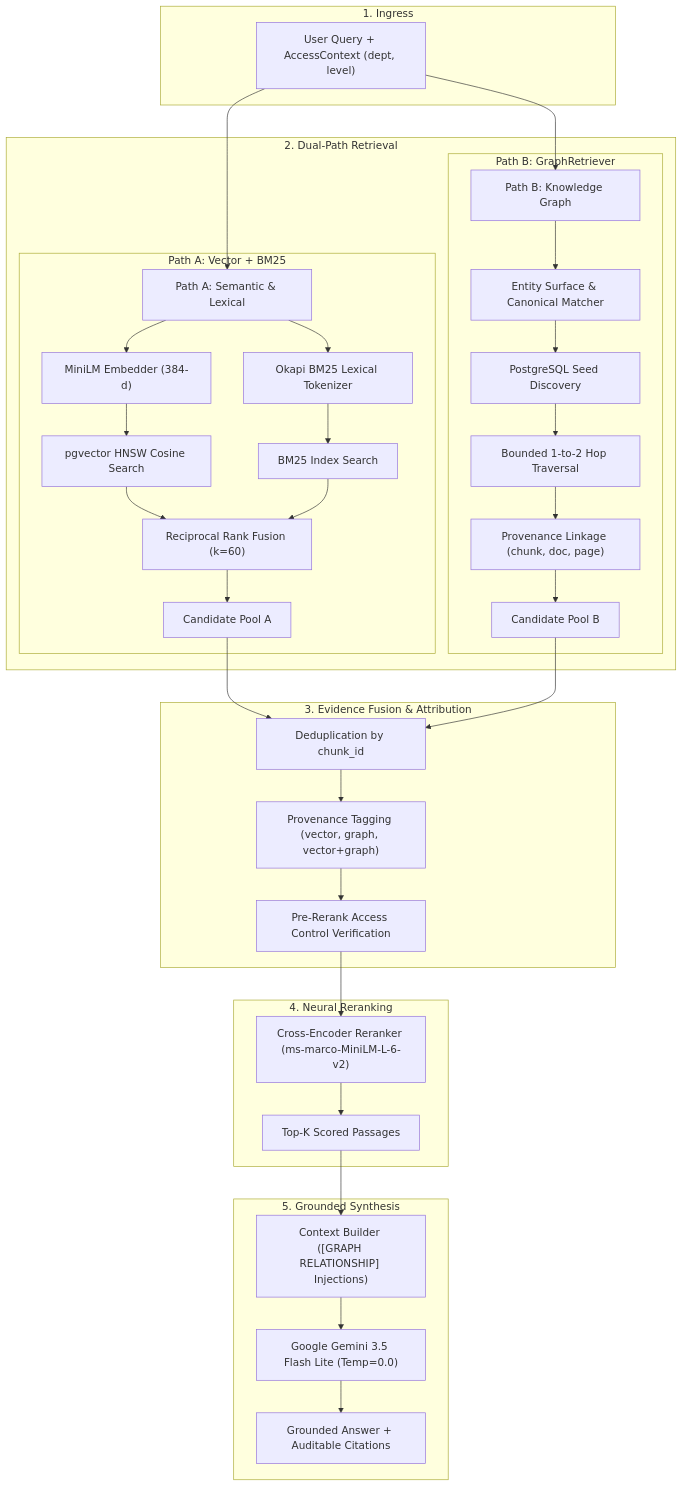
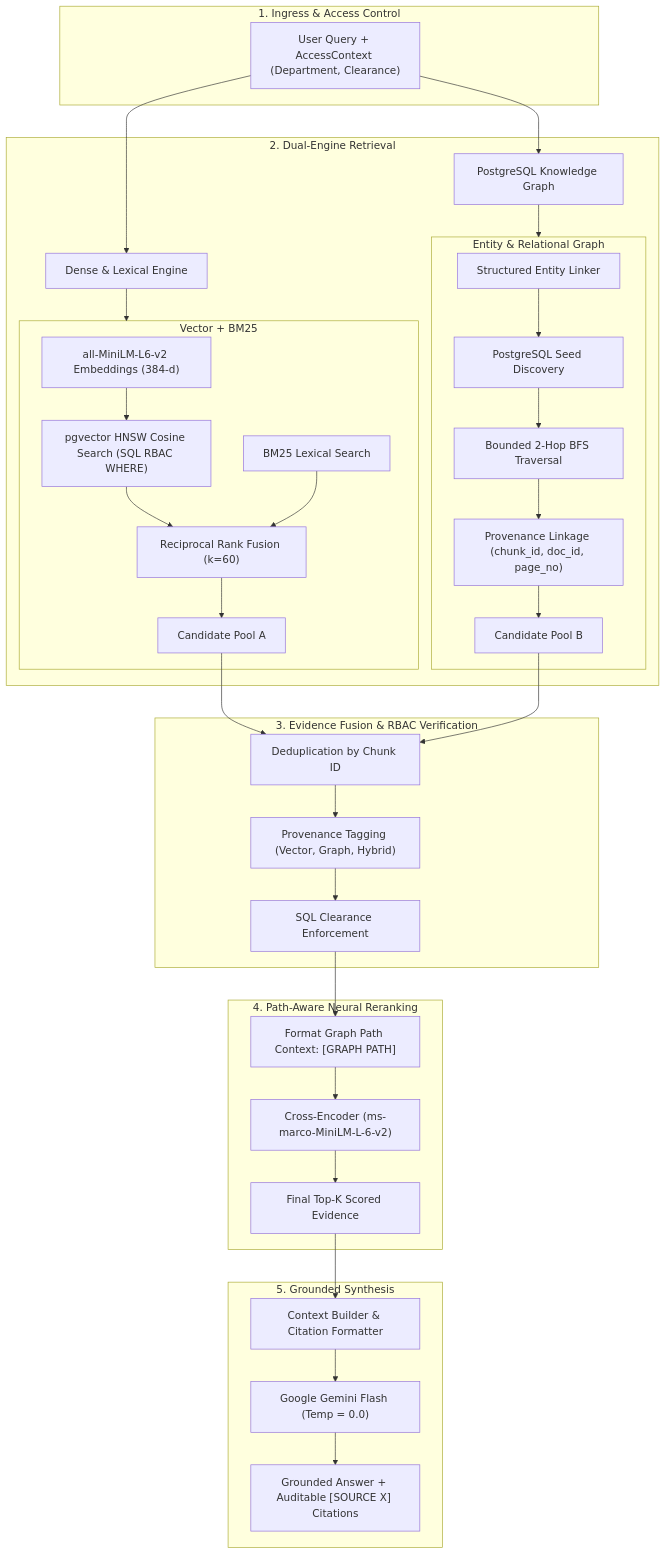
The diagram in README.md (DhruvalPtl/Enterprise-Graph-RAG), drawn with Mermaid before and after one commit. The commit also changed other lines of this file and 67 other files, not shown here.

````diff
--- a/README.md
+++ b/README.md
@@ -18,48 +18,50 @@
 ```mermaid
 flowchart TD
-    subgraph UserInterface ["1. Ingress"]
-        Q["User Query + AccessContext (dept, level)"]
+    subgraph Ingress ["1. Ingress & Access Control"]
+        Q["User Query + AccessContext (Department, Clearance)"]
     end
 
-    subgraph DualPathRetrieval ["2. Dual-Path Retrieval"]
-        Q --> VPath["Path A: Semantic & Lexical"]
-        Q --> GPath["Path B: Knowledge Graph"]
+    subgraph DualEngineRetrieval ["2. Dual-Engine Retrieval"]
+        Q --> PathA["Dense & Lexical Engine"]
+        Q --> PathB["PostgreSQL Knowledge Graph"]
 
-        subgraph PathA ["Path A: Vector + BM25"]
-            V1["MiniLM Embedder (384-d)"]
-            V2["pgvector HNSW Cosine Search"]
-            B1["Okapi BM25 Lexical Tokenizer"]
-            B2["BM25 Index Search"]
-            VPath --> V1 --> V2
-            VPath --> B1 --> B2
-            V2 & B2 --> RRF["Reciprocal Rank Fusion (k=60)"]
+        subgraph PathA_Engine ["Vector + BM25"]
+            V1["all-MiniLM-L6-v2 Embeddings (384-d)"]
+            V2["pgvector HNSW Cosine Search (SQL RBAC WHERE)"]
+            B1["BM25 Lexical Search"]
+            V1 --> V2
+            V2 & B1 --> RRF["Reciprocal Rank Fusion (k=60)"]
             RRF --> CandA["Candidate Pool A"]
         end
 
-        subgraph PathB ["Path B: GraphRetriever"]
-            G1["Entity Surface & Canonical Matcher"]
+        subgraph PathB_Engine ["Entity & Relational Graph"]
+            G1["Structured Entity Linker"]
             G2["PostgreSQL Seed Discovery"]
-            G3["Bounded 1-to-2 Hop Traversal"]
-            G4["Provenance Linkage (chunk, doc, page)"]
-            GPath --> G1 --> G2 --> G3 --> G4
+            G3["Bounded 2-Hop BFS Traversal"]
+            G4["Provenance Linkage (chunk_id, doc_id, page_no)"]
+            G1 --> G2 --> G3 --> G4
             G4 --> CandB["Candidate Pool B"]
         end
     end
 
-    subgraph EvidenceFusion ["3. Evidence Fusion & Attribution"]
-        CandA & CandB --> Merge["Deduplication by chunk_id"]
-        Merge --> Attr["Provenance Tagging (vector, graph, vector+graph)"]
-        Attr --> ACL["Pre-Rerank Access Control Verification"]
+    subgraph FusionLayer ["3. Evidence Fusion & RBAC Verification"]
+        CandA & CandB --> Merge["Deduplication by Chunk ID"]
+        Merge --> Attr["Provenance Tagging (Vector, Graph, Hybrid)"]
+        Attr --> ACL["SQL Clearance Enforcement"]
     end
 
-    subgraph RerankingLayer ["4. Neural Reranking"]
-        ACL --> CE["Cross-Encoder Reranker (ms-marco-MiniLM-L-6-v2)"]
-        CE --> TopK["Top-K Scored Passages"]
+    subgraph NeuralReranking ["4. Path-Aware Neural Reranking"]
+        ACL --> GContext["Format Graph Path Context: [GRAPH PATH]"]
+        GContext --> CE["Cross-Encoder (ms-marco-MiniLM-L-6-v2)"]
+        CE --> TopK["Final Top-K Scored Evidence"]
     end
 
     subgraph GenerationLayer ["5. Grounded Synthesis"]
-        TopK --> CB["Context Builder ([GRAPH RELATIONSHIP] Injections)"]
-        CB --> LLM["Google Gemini 3.5 Flash Lite (Temp=0.0)"]
-        LLM --> Out["Grounded Answer + Auditable Citations"]
+        TopK --> CB["Context Builder & Citation Formatter"]
+        CB --> LLM["Google Gemini Flash (Temp = 0.0)"]
+        LLM --> Out["Grounded Answer + Auditable [SOURCE X] Citations"]
     end
+
+    PathA --> PathA_Engine
+    PathB --> PathB_Engine
 ```
````
